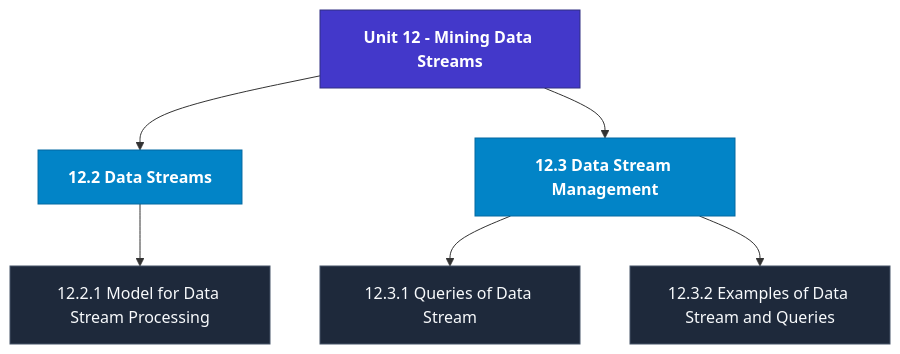
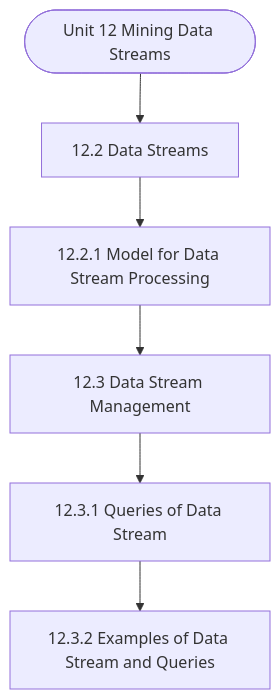
Before and after one commit to Asutosh-Coaching/mscdsa: the diagram in notes/Semester_1/MCS-062_Introduction_to_Data_Science/unit_12_Mining_Data_Streams.md, drawn with Mermaid. The commit also changed other lines of this file and 115 other files, not shown here.

Commit message:
Fix Mermaid layout for mobile, isolate LaTeX delimiters, and add GitHub Pages reader

````diff
--- a/notes/Semester_1/MCS-062_Introduction_to_Data_Science/unit_12_Mining_Data_Streams.md
+++ b/notes/Semester_1/MCS-062_Introduction_to_Data_Science/unit_12_Mining_Data_Streams.md
@@ -19,19 +19,14 @@
 ```mermaid
 flowchart TD
-  %% Styling Definitions
-  classDef head fill:#4338ca,stroke:#312e81,color:#ffffff,font-weight:bold;
-  classDef topic fill:#0284c7,stroke:#0369a1,color:#ffffff,font-weight:600;
-  classDef sub fill:#1e293b,stroke:#475569,color:#f8fafc;
-
-  Root["Unit 12 - Mining Data Streams"]:::head
-  M1["12.2 Data Streams"]:::topic
-  Root --> M1
-  M1_1["12.2.1 Model for Data Stream Processing"]:::sub
-  M1 --> M1_1
-  M2["12.3 Data Stream Management"]:::topic
-  Root --> M2
-  M2_1["12.3.1 Queries of Data Stream"]:::sub
-  M2 --> M2_1
-  M2_2["12.3.2 Examples of Data Stream and Queries"]:::sub
-  M2 --> M2_2
+  Start(["Unit 12 Mining Data Streams"])
+  N1["12.2 Data Streams"]
+  N2["12.2.1 Model for Data Stream Processing"]
+  N3["12.3 Data Stream Management"]
+  N4["12.3.1 Queries of Data Stream"]
+  N5["12.3.2 Examples of Data Stream and Queries"]
+  Start --> N1
+  N1 --> N2
+  N2 --> N3
+  N3 --> N4
+  N4 --> N5
 ```
````
